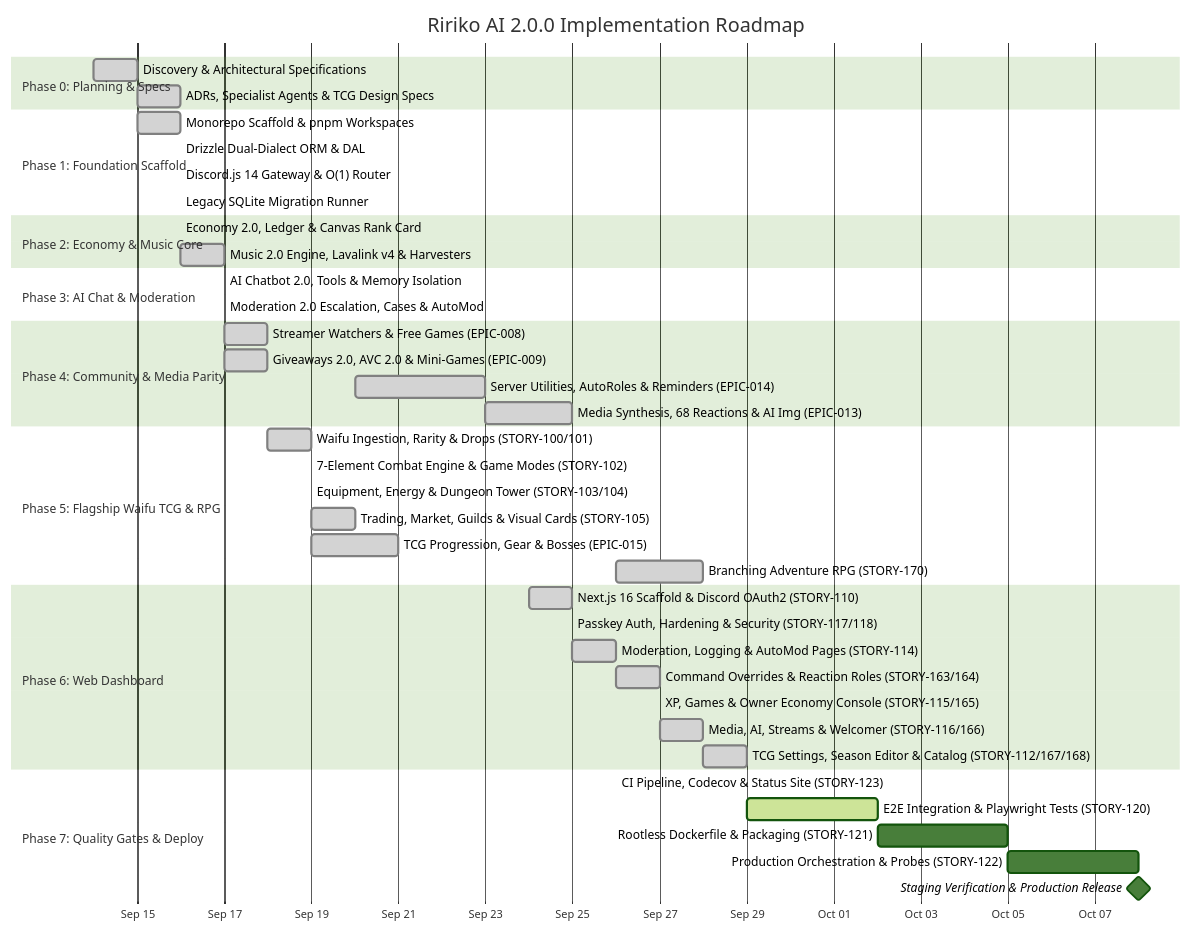
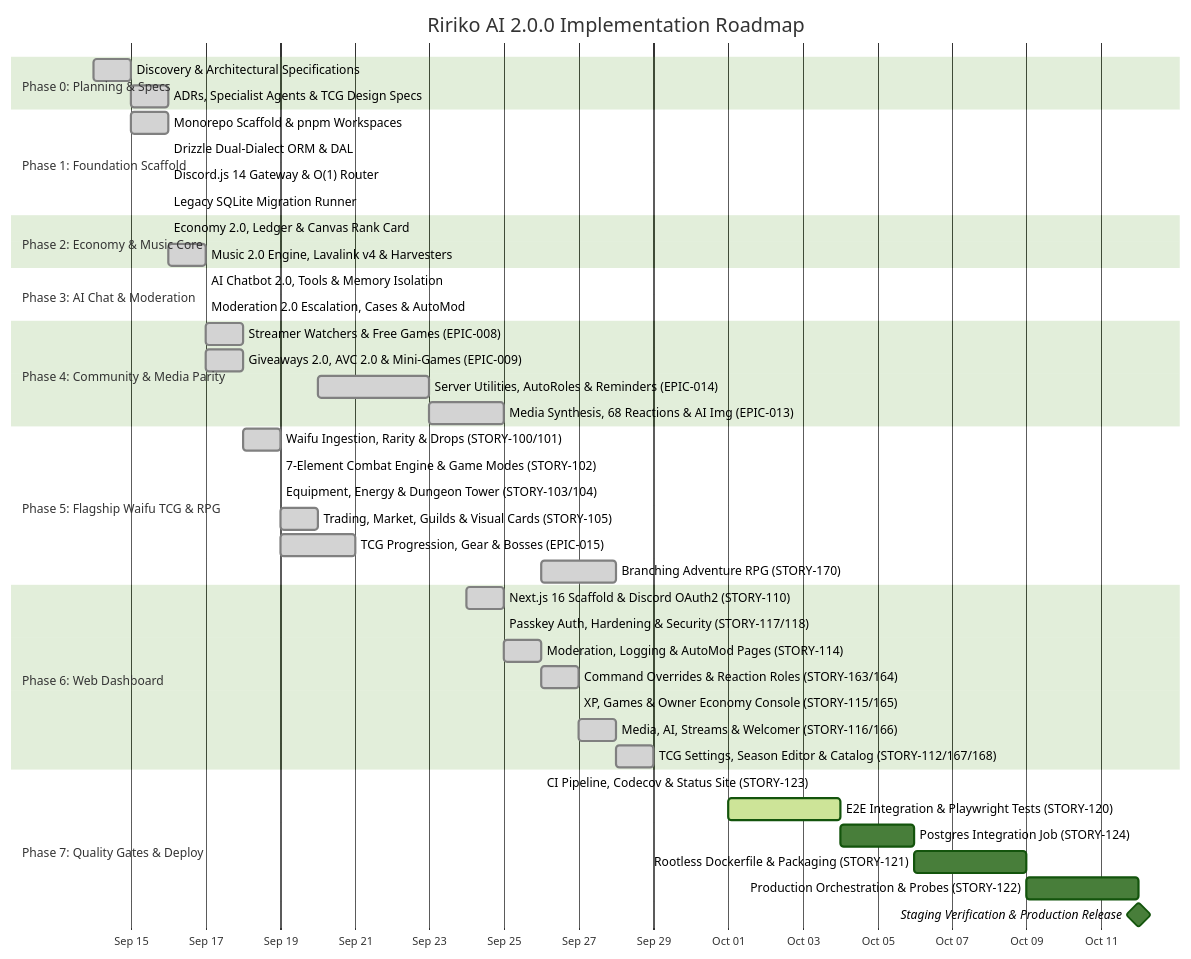
The diagram in docs/implementation-roadmap.md (RirikoAI/RirikoBot), drawn with Mermaid (forest theme) before and after one commit. The commit also changed other lines of this file and 2 other files, not shown here.

First line of the commit message:
docs(kanban): regroom STORY-120 to 8 points and start it

````diff
--- a/docs/implementation-roadmap.md
+++ b/docs/implementation-roadmap.md
@@ -25,54 +25,55 @@
 ```mermaid
 gantt
     title Ririko AI 2.0.0 Implementation Roadmap
     dateFormat  YYYY-MM-DD
     axisFormat  %b %d
 
     section Phase 0: Planning & Specs
     Discovery & Architectural Specifications   :done, 2026-09-14, 2026-09-15
     ADRs, Specialist Agents & TCG Design Specs :done, 2026-09-15, 2026-09-16
 
     section Phase 1: Foundation Scaffold
     Monorepo Scaffold & pnpm Workspaces        :done, 2026-09-15, 2026-09-16
     Drizzle Dual-Dialect ORM & DAL             :done, 2026-09-16, 2026-09-16
     Discord.js 14 Gateway & O(1) Router        :done, 2026-09-16, 2026-09-16
     Legacy SQLite Migration Runner             :done, 2026-09-16, 2026-09-16
 
     section Phase 2: Economy & Music Core
     Economy 2.0, Ledger & Canvas Rank Card     :done, 2026-09-16, 2026-09-16
     Music 2.0 Engine, Lavalink v4 & Harvesters :done, 2026-09-16, 2026-09-17
 
     section Phase 3: AI Chat & Moderation
     AI Chatbot 2.0, Tools & Memory Isolation   :done, 2026-09-17, 2026-09-17
     Moderation 2.0 Escalation, Cases & AutoMod :done, 2026-09-17, 2026-09-17
 
     section Phase 4: Community & Media Parity
     Streamer Watchers & Free Games (EPIC-008)  :done, 2026-09-17, 2026-09-18
     Giveaways 2.0, AVC 2.0 & Mini-Games (EPIC-009) :done, 2026-09-17, 2026-09-18
     Server Utilities, AutoRoles & Reminders (EPIC-014) :done, 2026-09-20, 2026-09-23
     Media Synthesis, 68 Reactions & AI Img (EPIC-013) :done, 2026-09-23, 2026-09-25
 
     section Phase 5: Flagship Waifu TCG & RPG
     Waifu Ingestion, Rarity & Drops (STORY-100/101) :done, 2026-09-18, 2026-09-19
     7-Element Combat Engine & Game Modes (STORY-102) :done, 2026-09-19, 2026-09-19
     Equipment, Energy & Dungeon Tower (STORY-103/104) :done, 2026-09-19, 2026-09-19
     Trading, Market, Guilds & Visual Cards (STORY-105) :done, 2026-09-19, 2026-09-20
     TCG Progression, Gear & Bosses (EPIC-015) :done, 2026-09-19, 2026-09-21
     Branching Adventure RPG (STORY-170)        :done, 2026-09-26, 2026-09-28
 
     section Phase 6: Web Dashboard
     Next.js 16 Scaffold & Discord OAuth2 (STORY-110) :done, 2026-09-24, 2026-09-25
     Passkey Auth, Hardening & Security (STORY-117/118) :done, 2026-09-25, 2026-09-25
     Moderation, Logging & AutoMod Pages (STORY-114) :done, 2026-09-25, 2026-09-26
     Command Overrides & Reaction Roles (STORY-163/164) :done, 2026-09-26, 2026-09-27
     XP, Games & Owner Economy Console (STORY-115/165) :done, 2026-09-27, 2026-09-27
     Media, AI, Streams & Welcomer (STORY-116/166) :done, 2026-09-27, 2026-09-28
     TCG Settings, Season Editor & Catalog (STORY-112/167/168) :done, 2026-09-28, 2026-09-29
 
     section Phase 7: Quality Gates & Deploy
     CI Pipeline, Codecov & Status Site (STORY-123) :done, 2026-09-26, 2026-09-26
-    E2E Integration & Playwright Tests (STORY-120) :active, 2026-09-29, 3d
-    Rootless Dockerfile & Packaging (STORY-121)    :2026-10-02, 3d
-    Production Orchestration & Probes (STORY-122)  :2026-10-05, 3d
-    Staging Verification & Production Release      :milestone, 2026-10-08, 0d
+    E2E Integration & Playwright Tests (STORY-120) :active, 2026-10-01, 3d
+    Postgres Integration Job (STORY-124)           :2026-10-04, 2d
+    Rootless Dockerfile & Packaging (STORY-121)    :2026-10-06, 3d
+    Production Orchestration & Probes (STORY-122)  :2026-10-09, 3d
+    Staging Verification & Production Release      :milestone, 2026-10-12, 0d
 ```
````
